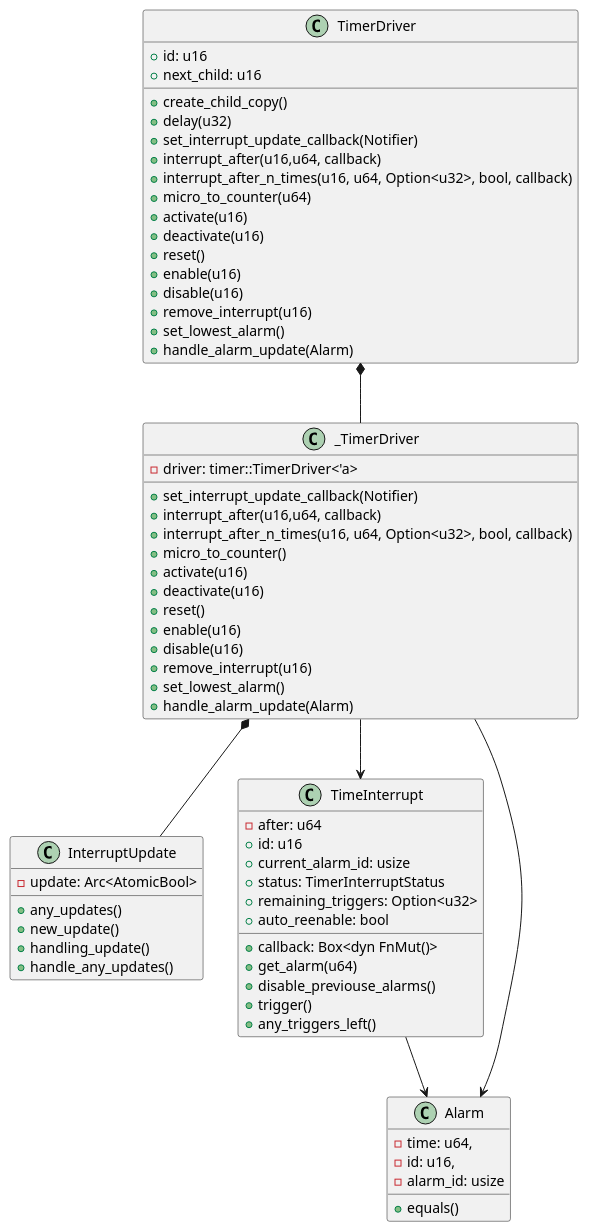
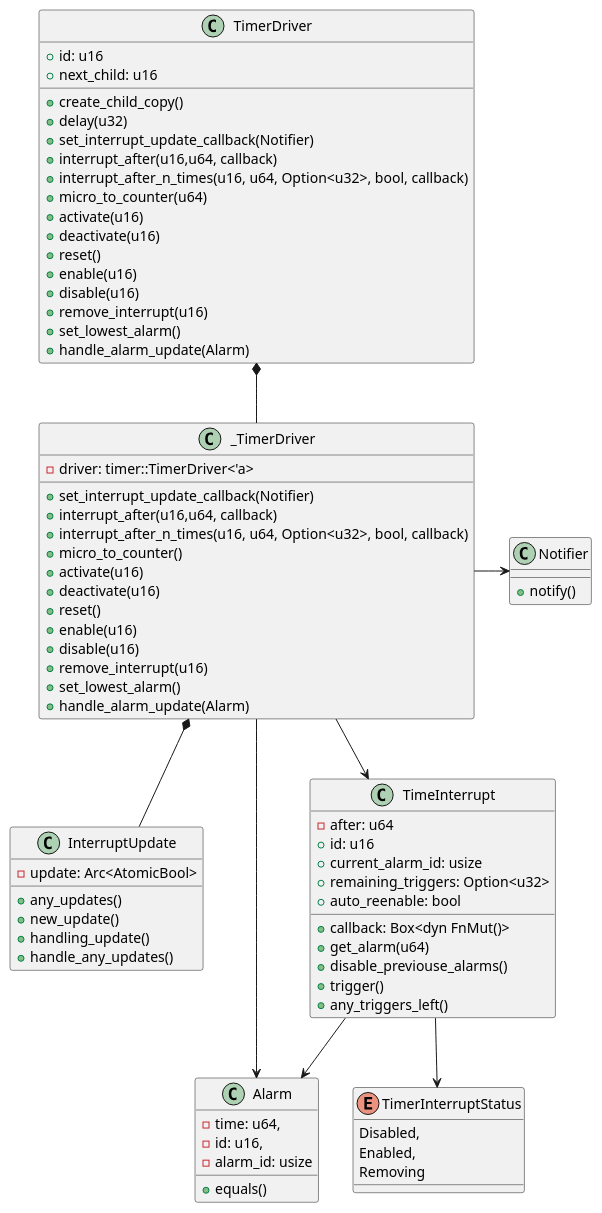
The diagram in diagrams/timer-driver.puml (esp32framework/esp32framework), drawn with PlantUML before and after one commit. The commit also changed 8 other files, not shown here.

```diff
--- a/diagrams/timer-driver.puml
+++ b/diagrams/timer-driver.puml
@@ -1,74 +1,84 @@
 @startuml Timer Driver
 
 class TimerDriver{
     +id: u16
     +next_child: u16
     +create_child_copy()
     +delay(u32)
     +set_interrupt_update_callback(Notifier)
     +interrupt_after(u16,u64, callback)
     +interrupt_after_n_times(u16, u64, Option<u32>, bool, callback)
     +micro_to_counter(u64)
     +activate(u16)
     +deactivate(u16)
     +reset()
     +enable(u16)
     +disable(u16)
     +remove_interrupt(u16)
     +set_lowest_alarm()
     +handle_alarm_update(Alarm)
 }
 
 class _TimerDriver{
     -driver: timer::TimerDriver<'a>
     +set_interrupt_update_callback(Notifier)
     +interrupt_after(u16,u64, callback)
     +interrupt_after_n_times(u16, u64, Option<u32>, bool, callback)
     +micro_to_counter()
     +activate(u16)
     +deactivate(u16)
     +reset()
     +enable(u16)
     +disable(u16)
     +remove_interrupt(u16)
     +set_lowest_alarm()
     +handle_alarm_update(Alarm)
 }
 
 class InterruptUpdate{
     -update: Arc<AtomicBool>
     +any_updates()
     +new_update()
     +handling_update()
     +handle_any_updates()
 }
 
 class TimeInterrupt{
     -after: u64
     +id: u16
     +current_alarm_id: usize
-    +status: TimerInterruptStatus
     +remaining_triggers: Option<u32>
     +auto_reenable: bool
     +callback: Box<dyn FnMut()>
     +get_alarm(u64)
     +disable_previouse_alarms()
     +trigger()
     +any_triggers_left()
 }
 
 class Alarm{
     -time: u64,
     -id: u16,
     -alarm_id: usize
     +equals()
 }
 
+class Notifier{
+    + notify()
+}
+
+enum TimerInterruptStatus{
+    Disabled,
+    Enabled,
+    Removing
+}
+
 TimerDriver *-- _TimerDriver
 _TimerDriver *-- InterruptUpdate
 _TimerDriver --> TimeInterrupt
 _TimerDriver --> Alarm
 TimeInterrupt --> Alarm
-
+TimeInterrupt --> TimerInterruptStatus
+_TimerDriver -> Notifier
 
 @enduml
```
